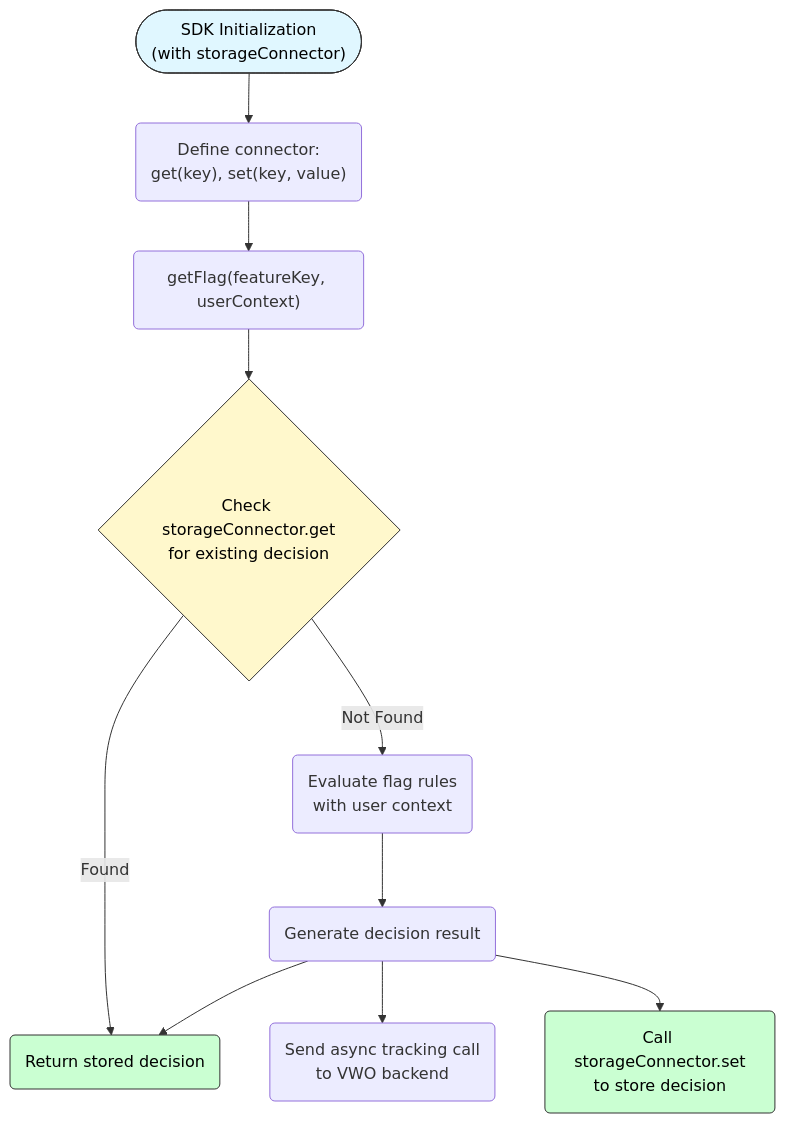
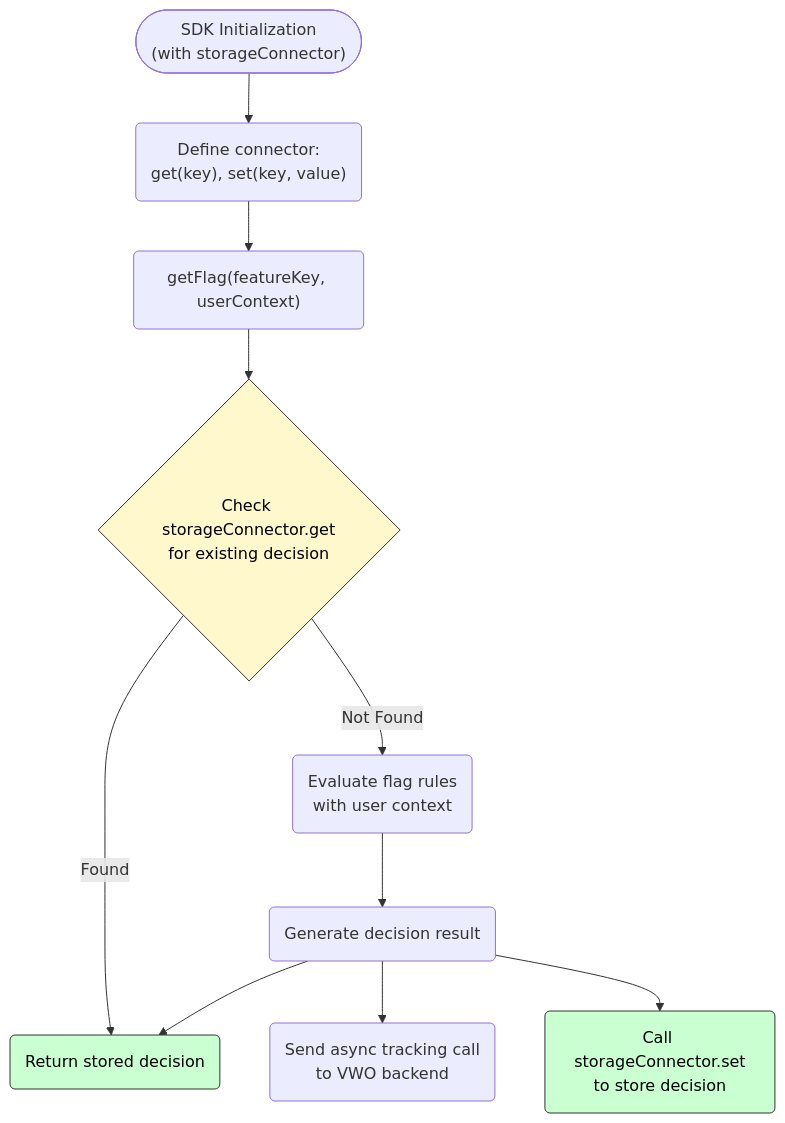
One commit to wingify/readme-central changed the third of 3 diagrams in docs/SDK Reference/fme-sdks-working.md. Above: the diagram before and after it, drawn with Mermaid. The commit also changed other lines of this file, not shown here.

````diff
--- a/docs/SDK Reference/fme-sdks-working.md
+++ b/docs/SDK Reference/fme-sdks-working.md
@@ -158,29 +155,27 @@
 ```mermaid
 flowchart TD
     A0(["SDK Initialization<br/>(with storageConnector)"]) --> A1("Define connector:<br/>get(key), set(key, value)")
 
     A2("getFlag(featureKey, userContext)") --> B1{"Check storageConnector.get<br/>for existing decision"}
     
     B1 -- Found --> B2("Return stored decision")
     
     B1 -- Not Found --> C1("Evaluate flag rules<br/>with user context")
     C1 --> C2("Generate decision result")
     C2 --> C3("Send async tracking call<br/>to VWO backend")
     C2 --> C4("Call storageConnector.set<br/>to store decision")
     C2 --> B2
 
     A1 --> A2
 
     %% Assign classes to nodes
-    class A0 init
     class A2 api
     class B1 conditional
     class B2 cached
     class C4 cached
 
     %% Define styles for light and dark themes
-    classDef init fill:#e0f7ff,stroke:#333,stroke-width:1px,color:#000
     classDef conditional fill:#fff8cc,stroke:#333,stroke-width:1px,color:#000
     classDef cached fill:#caffd2,stroke:#333,stroke-width:1px,color:#000
 
 ```
````
